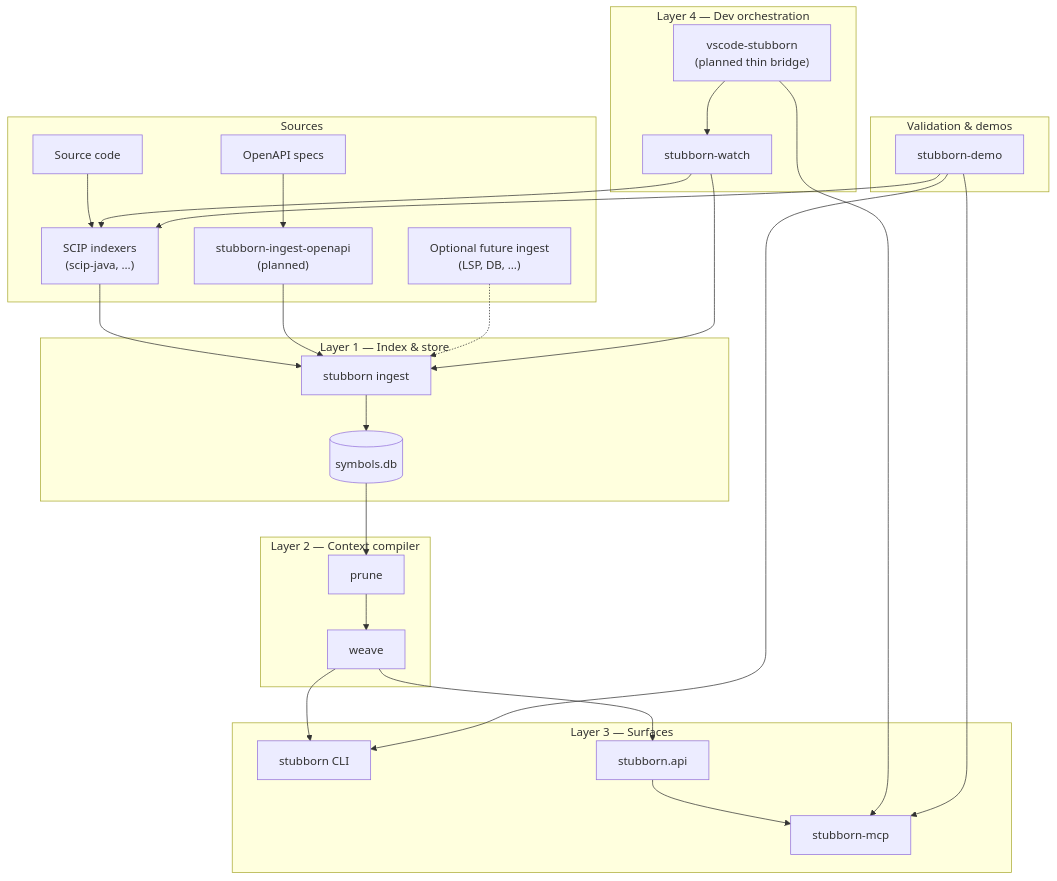
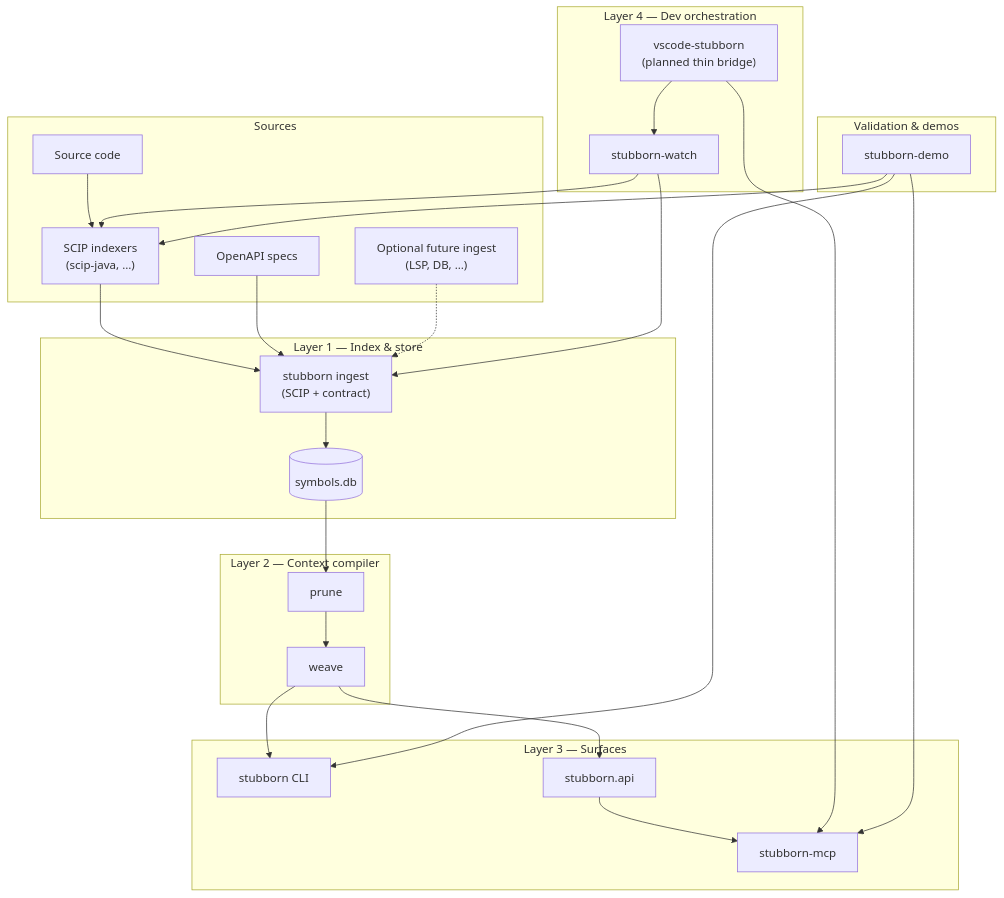
One commit to stubborn-ai/stubborn-hub changed the first of 3 diagrams in docs/ARCHITECTURE.md. Above: the diagram before and after it, drawn with Mermaid. The commit also changed other lines of this file and 5 other files, not shown here.

````diff
--- a/docs/ARCHITECTURE.md
+++ b/docs/ARCHITECTURE.md
@@ -15,50 +15,49 @@
 ```mermaid
 flowchart TB
   subgraph sources["Sources"]
     SRC["Source code"]
     OPENAPI["OpenAPI specs"]
     SCIP_IDX["SCIP indexers<br/>(scip-java, …)"]
-    OPENAPI_ING["stubborn-ingest-openapi<br/>(planned)"]
     ALT["Optional future ingest<br/>(LSP, DB, …)"]
   end
 
   subgraph L1["Layer 1 — Index & store"]
-    ING["stubborn ingest"]
+    ING["stubborn ingest<br/>(SCIP + contract)"]
     DB[(symbols.db)]
     SRC --> SCIP_IDX --> ING
-    OPENAPI --> OPENAPI_ING --> ING
+    OPENAPI --> ING
     ALT -.-> ING
     ING --> DB
   end
 
   subgraph L2["Layer 2 — Context compiler"]
     PRU["prune"]
     WEA["weave"]
     DB --> PRU --> WEA
   end
 
   subgraph L3["Layer 3 — Surfaces"]
     CLI["stubborn CLI"]
     API["stubborn.api"]
     MCP["stubborn-mcp"]
     WEA --> CLI
     WEA --> API
     API --> MCP
   end
 
   subgraph L4["Layer 4 — Dev orchestration"]
     WATCH["stubborn-watch"]
     IDE["vscode-stubborn<br/>(planned thin bridge)"]
     WATCH --> SCIP_IDX
     WATCH --> ING
     IDE --> MCP
     IDE --> WATCH
   end
 
   subgraph VAL["Validation & demos"]
     DEMO["stubborn-demo"]
     DEMO --> SCIP_IDX
     DEMO --> CLI
     DEMO --> MCP
   end
 ```
````
